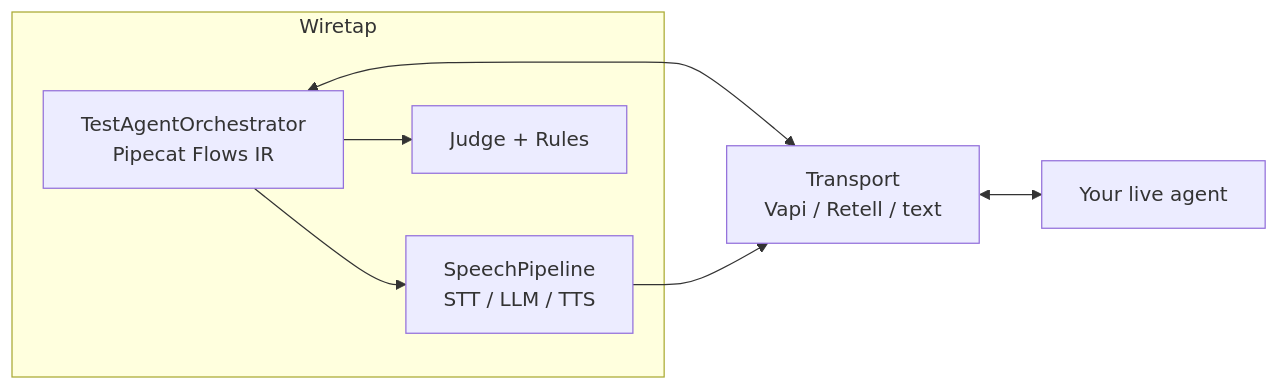
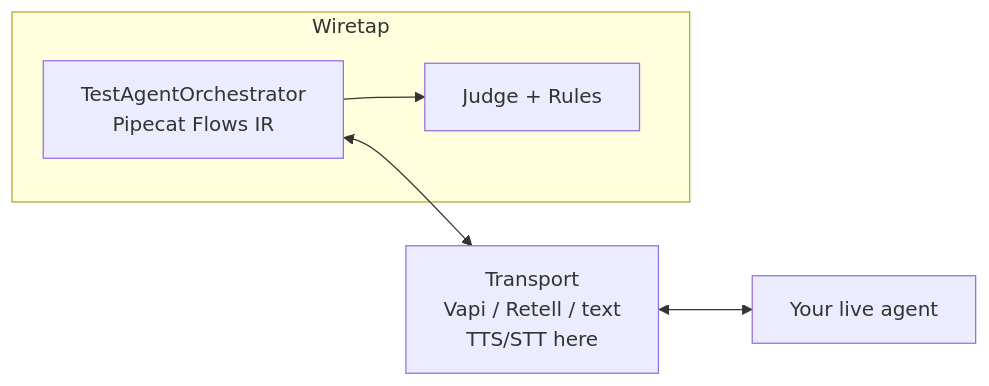
The diagram in docs/HLD.md (mohibsaas/wiretap), drawn with Mermaid before and after one commit. The commit also changed other lines of this file and 23 other files, not shown here.

First line of the commit message:
Remove dead caller/transport paths and simplify docs around the Flows orchestrator.

````diff
--- a/docs/HLD.md
+++ b/docs/HLD.md
@@ -95,15 +94,12 @@
 ```mermaid
 flowchart LR
   subgraph Wiretap
     O[TestAgentOrchestrator<br/>Pipecat Flows IR]
-    S[SpeechPipeline<br/>STT / LLM / TTS]
     J[Judge + Rules]
-    O --> S
   end
-  T[Transport<br/>Vapi / Retell / text]
+  T[Transport<br/>Vapi / Retell / text<br/>TTS/STT here]
   L[Your live agent]
   O <--> T
-  S --> T
   T <--> L
   O --> J
 ```
````
